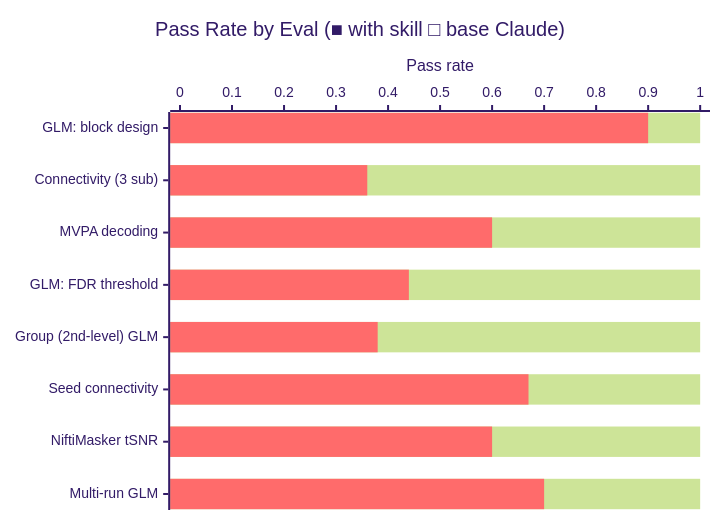
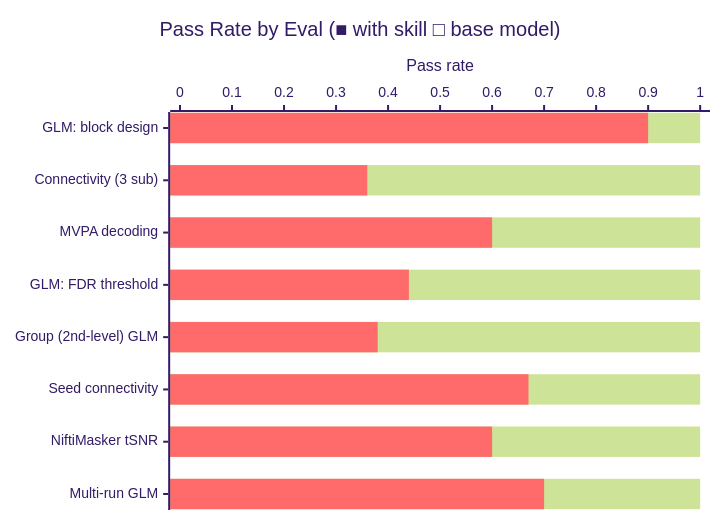
One commit to JacobElder/jakes-skills changed the diagram in nilearn-fmri/README.md. Above: the diagram before and after it, drawn with Mermaid (forest theme). The commit also changed other lines of this file and 50 other files, not shown here.

````diff
--- a/nilearn-fmri/README.md
+++ b/nilearn-fmri/README.md
@@ -97,8 +97,8 @@
 ```mermaid
 xychart-beta horizontal
-    title "Pass Rate by Eval (■ with skill  □ base Claude)"
+    title "Pass Rate by Eval (■ with skill  □ base model)"
     x-axis ["GLM: block design", "Connectivity (3 sub)", "MVPA decoding", "GLM: FDR threshold", "Group (2nd-level) GLM", "Seed connectivity", "NiftiMasker tSNR", "Multi-run GLM"]
     y-axis "Pass rate" 0 --> 1
     bar [1.0, 1.0, 1.0, 1.0, 1.0, 1.0, 1.0, 1.0]
     bar [0.90, 0.36, 0.60, 0.44, 0.38, 0.67, 0.60, 0.70]
 ```
````
